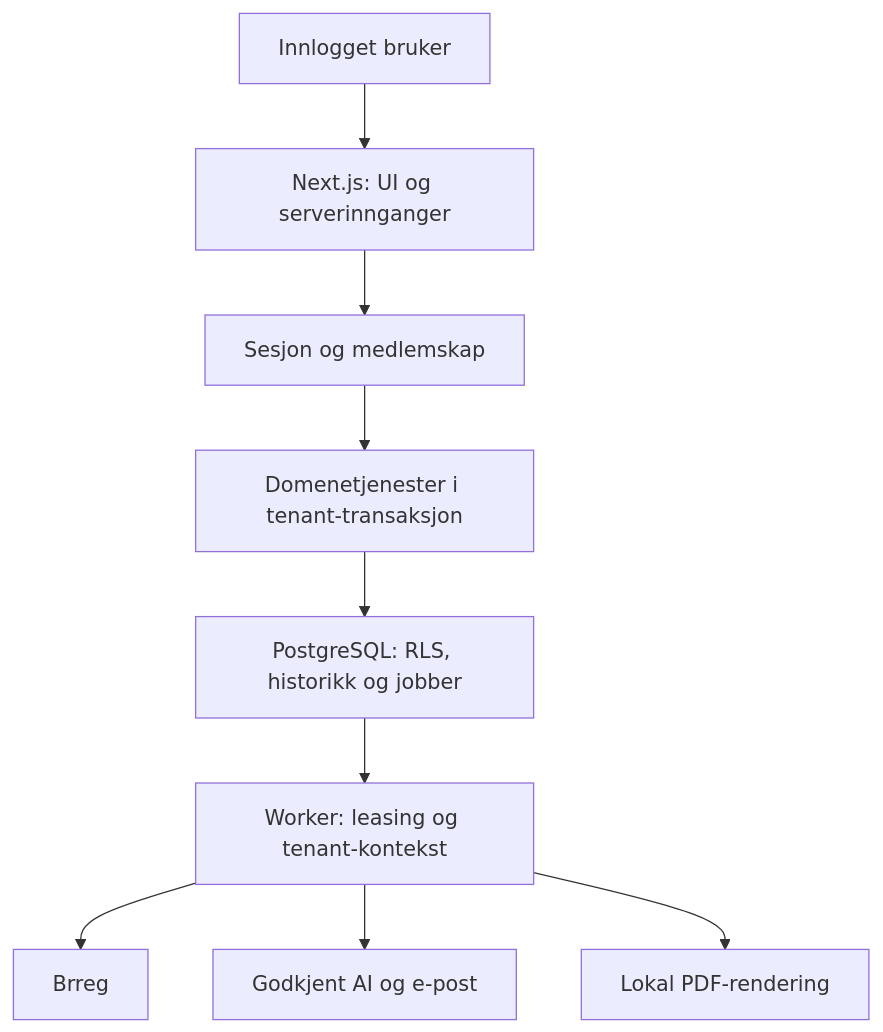
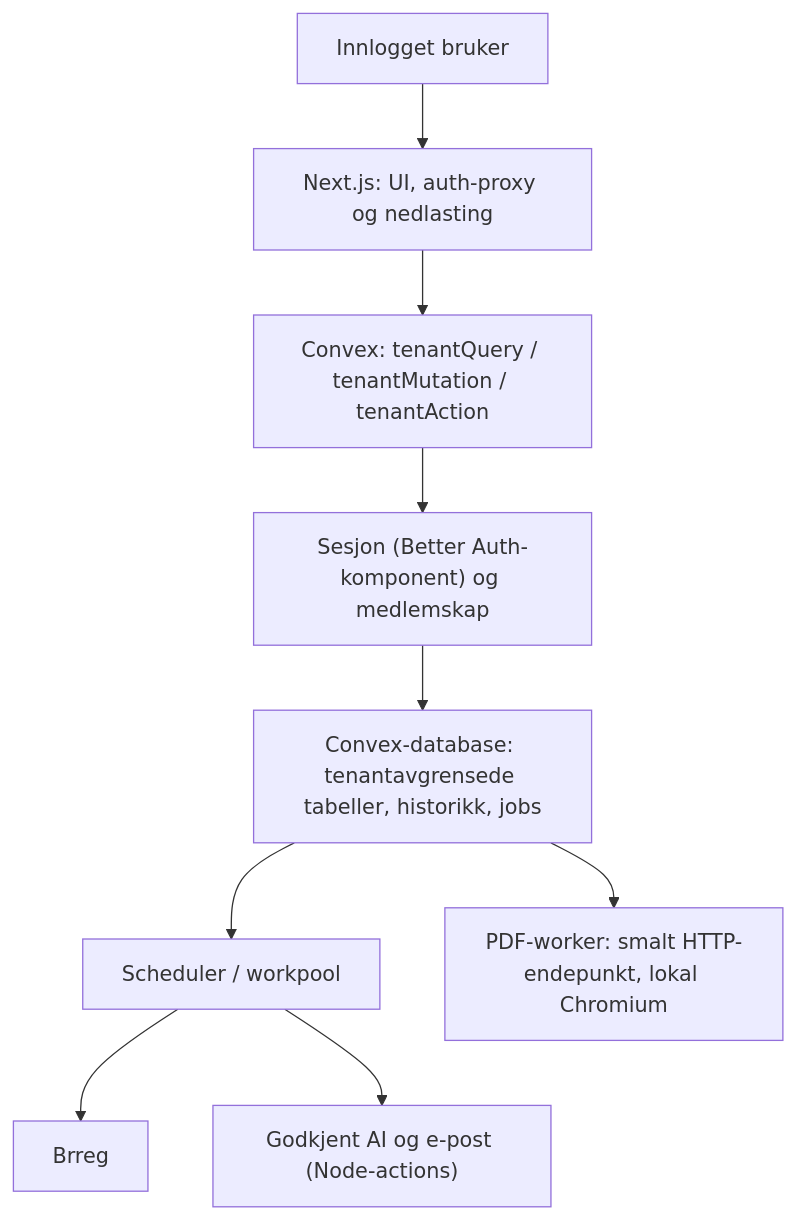
The diagram in docs/ARKITEKTUR.md (maiwand0314/Kjedeklar), drawn with Mermaid before and after one commit. The commit also changed other lines of this file and 37 other files, not shown here.

First line of the commit message:
Skriv om dokumentasjonen fra PostgreSQL til Convex Cloud i EU

````diff
--- a/docs/ARKITEKTUR.md
+++ b/docs/ARKITEKTUR.md
@@ -22,11 +23,11 @@
 ```mermaid
 flowchart TD
-  U["Innlogget bruker"] --> W["Next.js: UI og serverinnganger"]
-  W --> A["Sesjon og medlemskap"]
-  A --> D["Domenetjenester i tenant-transaksjon"]
-  D --> P["PostgreSQL: RLS, historikk og jobber"]
-  P --> J["Worker: leasing og tenant-kontekst"]
-  J --> B["Brreg"]
-  J --> I["Godkjent AI og e-post"]
-  J --> F["Lokal PDF-rendering"]
+  U["Innlogget bruker"] --> W["Next.js: UI, auth-proxy og nedlasting"]
+  W --> C["Convex: tenantQuery / tenantMutation / tenantAction"]
+  C --> A["Sesjon (Better Auth-komponent) og medlemskap"]
+  A --> D["Convex-database: tenantavgrensede tabeller, historikk, jobs"]
+  D --> S["Scheduler / workpool"]
+  S --> B["Brreg"]
+  S --> I["Godkjent AI og e-post (Node-actions)"]
+  D --> F["PDF-worker: smalt HTTP-endepunkt, lokal Chromium"]
 ```
````
